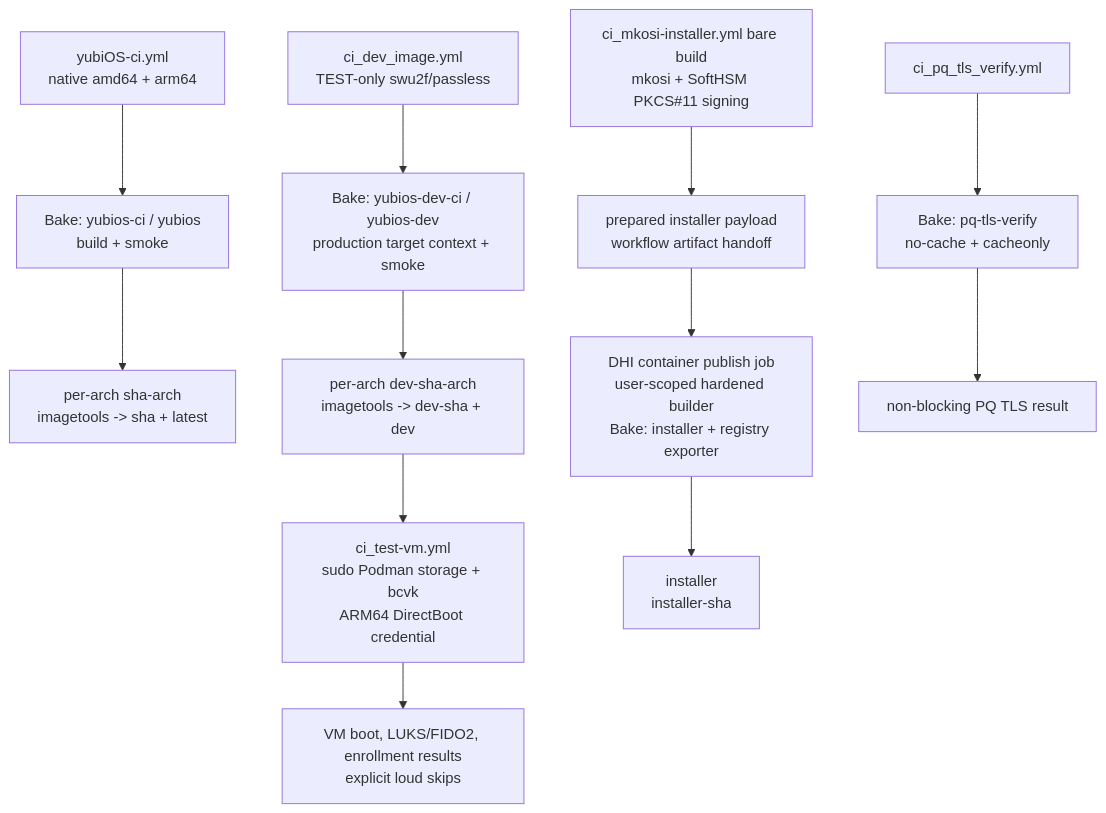
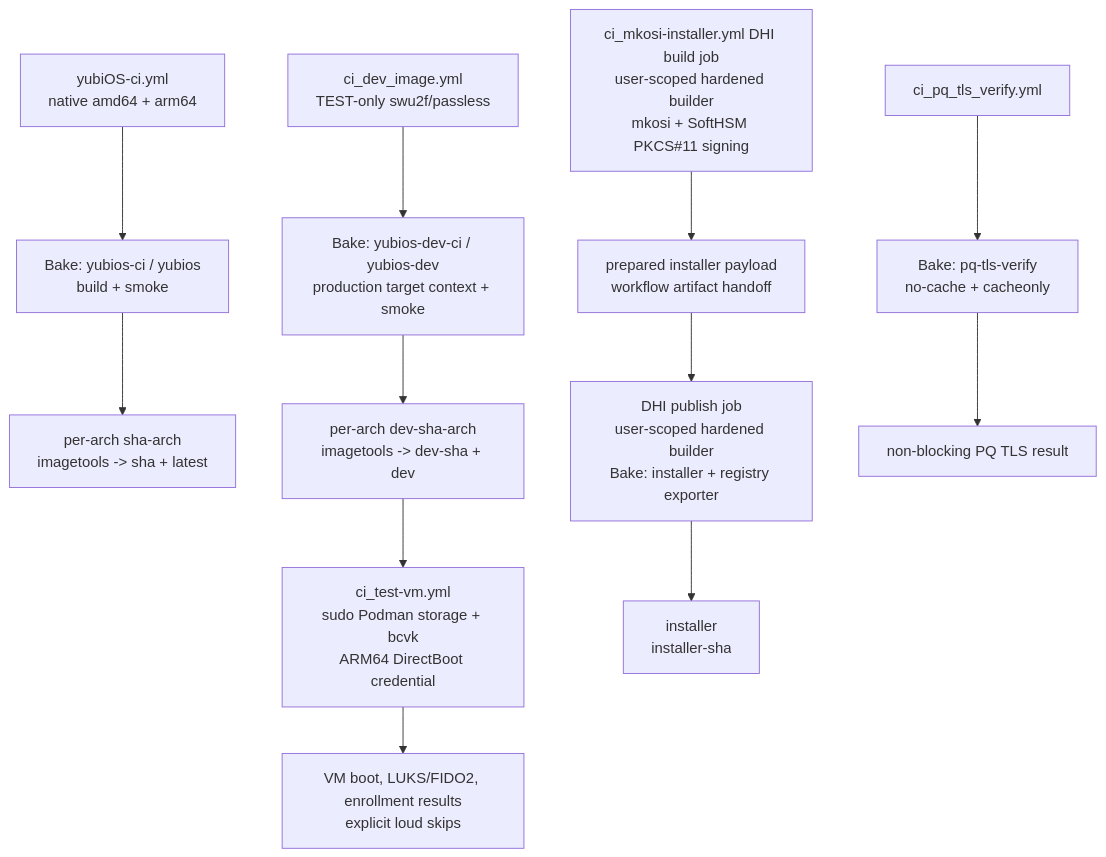
One commit to corning-croak-cable/yubiOS changed the fourth of 8 diagrams in CI_MAP.md. Above: the diagram before and after it, drawn with Mermaid. The commit also changed other lines of this file and 2 other files, not shown here.

Commit message:
ci: run every installer stage in DHI

````diff
--- a/CI_MAP.md
+++ b/CI_MAP.md
@@ -155,23 +155,23 @@
 ```mermaid
 flowchart TD
     prod_wf["yubiOS-ci.yml\nnative amd64 + arm64"]
     prod_bake["Bake: yubios-ci / yubios\nbuild + smoke"]
     prod_out["per-arch sha-arch\nimagetools -> sha + latest"]
     dev_wf["ci_dev_image.yml\nTEST-only swu2f/passless"]
     dev_bake["Bake: yubios-dev-ci / yubios-dev\nproduction target context + smoke"]
     dev_out["per-arch dev-sha-arch\nimagetools -> dev-sha + dev"]
     vm["ci_test-vm.yml\nsudo Podman storage + bcvk\nARM64 DirectBoot credential"]
     vm_out["VM boot, LUKS/FIDO2, enrollment results\nexplicit loud skips"]
-    installer["ci_mkosi-installer.yml bare build\nmkosi + SoftHSM PKCS#11 signing"]
+    installer["ci_mkosi-installer.yml DHI build job\nuser-scoped hardened builder\nmkosi + SoftHSM PKCS#11 signing"]
     installer_payload["prepared installer payload\nworkflow artifact handoff"]
-    installer_bake["DHI container publish job\nuser-scoped hardened builder\nBake: installer + registry exporter"]
+    installer_bake["DHI publish job\nuser-scoped hardened builder\nBake: installer + registry exporter"]
     installer_out["installer\ninstaller-sha"]
     pq["ci_pq_tls_verify.yml"]
     pq_bake["Bake: pq-tls-verify\nno-cache + cacheonly"]
     pq_out["non-blocking PQ TLS result"]
 
     prod_wf --> prod_bake --> prod_out
     dev_wf --> dev_bake --> dev_out --> vm --> vm_out
     installer --> installer_payload --> installer_bake --> installer_out
     pq --> pq_bake --> pq_out
 ```
````
